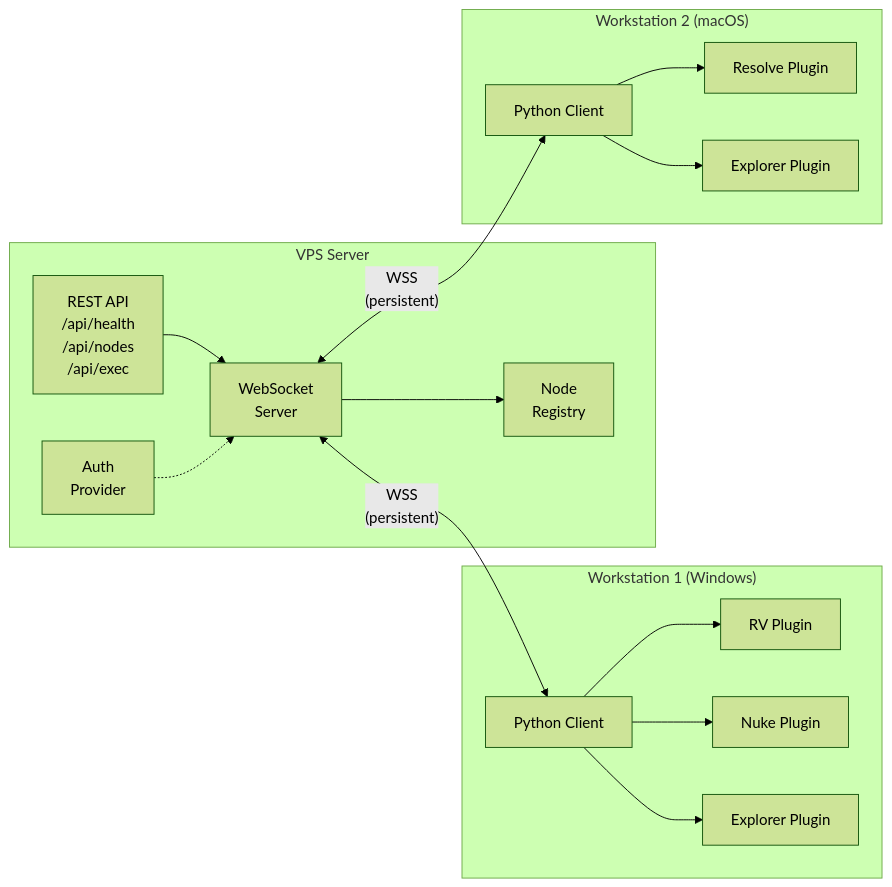
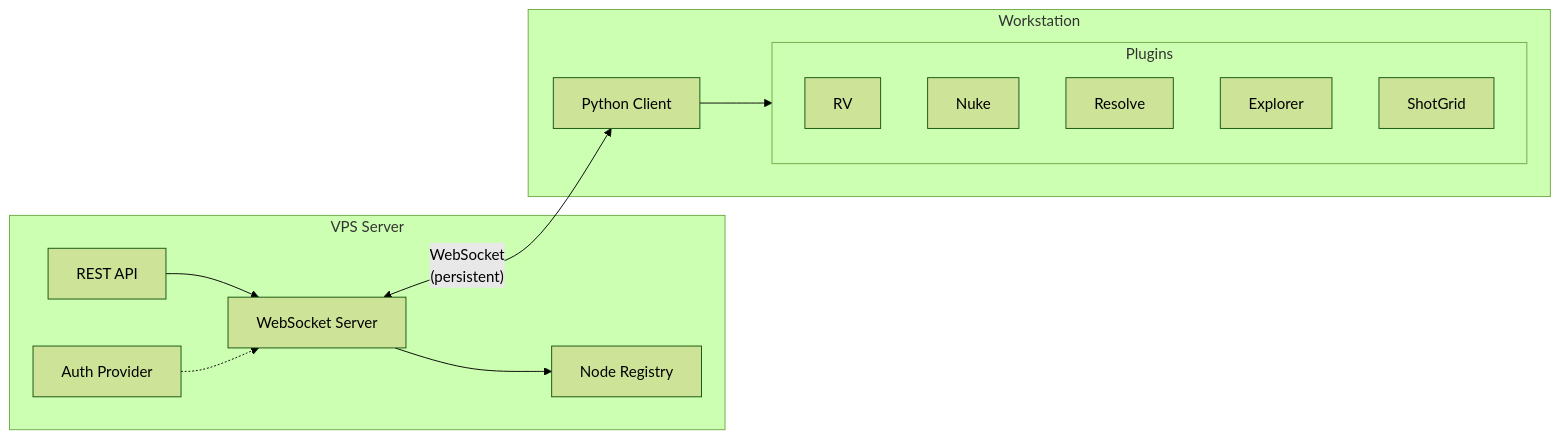
Before and after one commit to throb/openclaw-node: the diagram in README.md, drawn with Mermaid (forest theme).

Commit message:
docs: Simplify architecture diagram
Remove platform-specific workstation labels, show generic client with all plugins.

````diff
--- a/README.md
+++ b/README.md
@@ -7,30 +7,26 @@
 ```mermaid
 flowchart LR
     subgraph VPS["VPS Server"]
-        API["REST API\n/api/health\n/api/nodes\n/api/exec"]
-        WS["WebSocket\nServer"]
-        AUTH["Auth\nProvider"]
-        REG["Node\nRegistry"]
+        API["REST API"]
+        WS["WebSocket Server"]
+        AUTH["Auth Provider"]
+        REG["Node Registry"]
+        API --> WS
+        AUTH -.-> WS
+        WS --> REG
     end
 
-    subgraph WS1["Workstation 1 (Windows)"]
-        C1["Python Client"]
-        P1A["RV Plugin"]
-        P1B["Nuke Plugin"]
-        P1C["Explorer Plugin"]
+    subgraph CLIENT["Workstation"]
+        C["Python Client"]
+        subgraph PLUGINS["Plugins"]
+            P1["RV"]
+            P2["Nuke"]
+            P3["Resolve"]
+            P4["Explorer"]
+            P5["ShotGrid"]
+        end
+        C --> PLUGINS
     end
 
-    subgraph WS2["Workstation 2 (macOS)"]
-        C2["Python Client"]
-        P2A["Resolve Plugin"]
-        P2B["Explorer Plugin"]
-    end
-
-    API --> WS
-    WS <-->|"WSS\n(persistent)"| C1
-    WS <-->|"WSS\n(persistent)"| C2
-    C1 --> P1A & P1B & P1C
-    C2 --> P2A & P2B
-    AUTH -.-> WS
-    WS --> REG
+    WS <-->|"WebSocket\n(persistent)"| C
 ```
````
